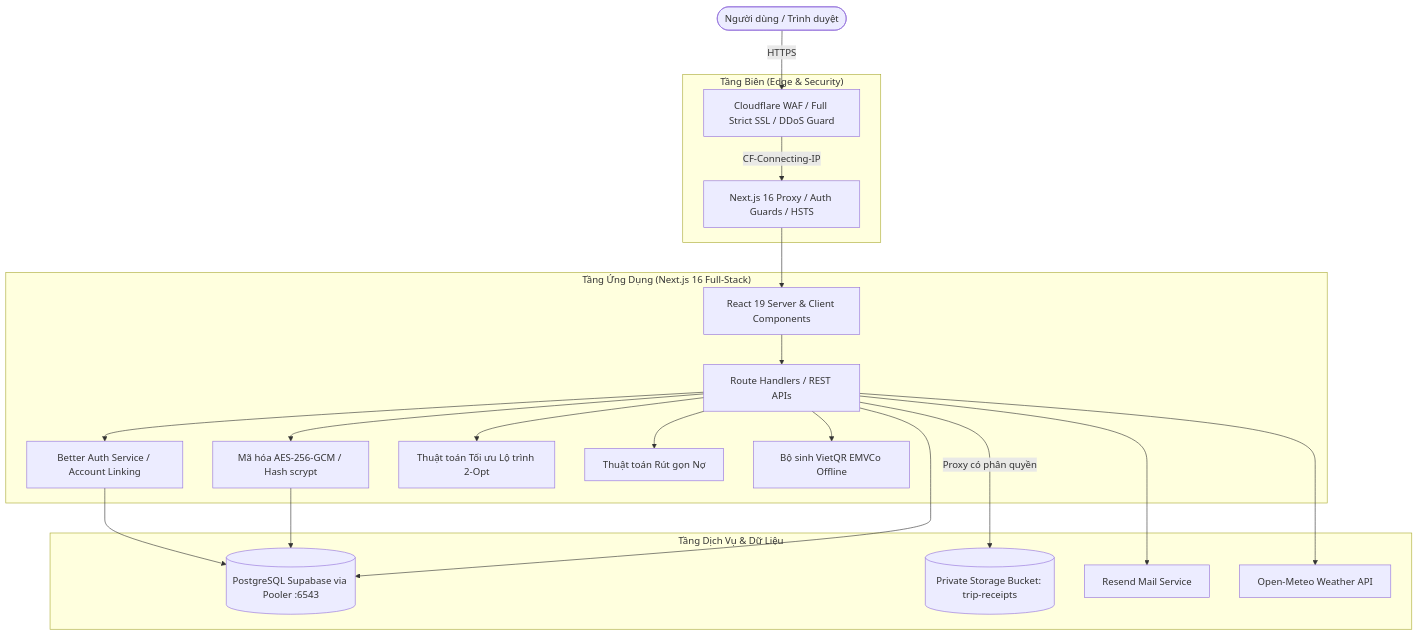
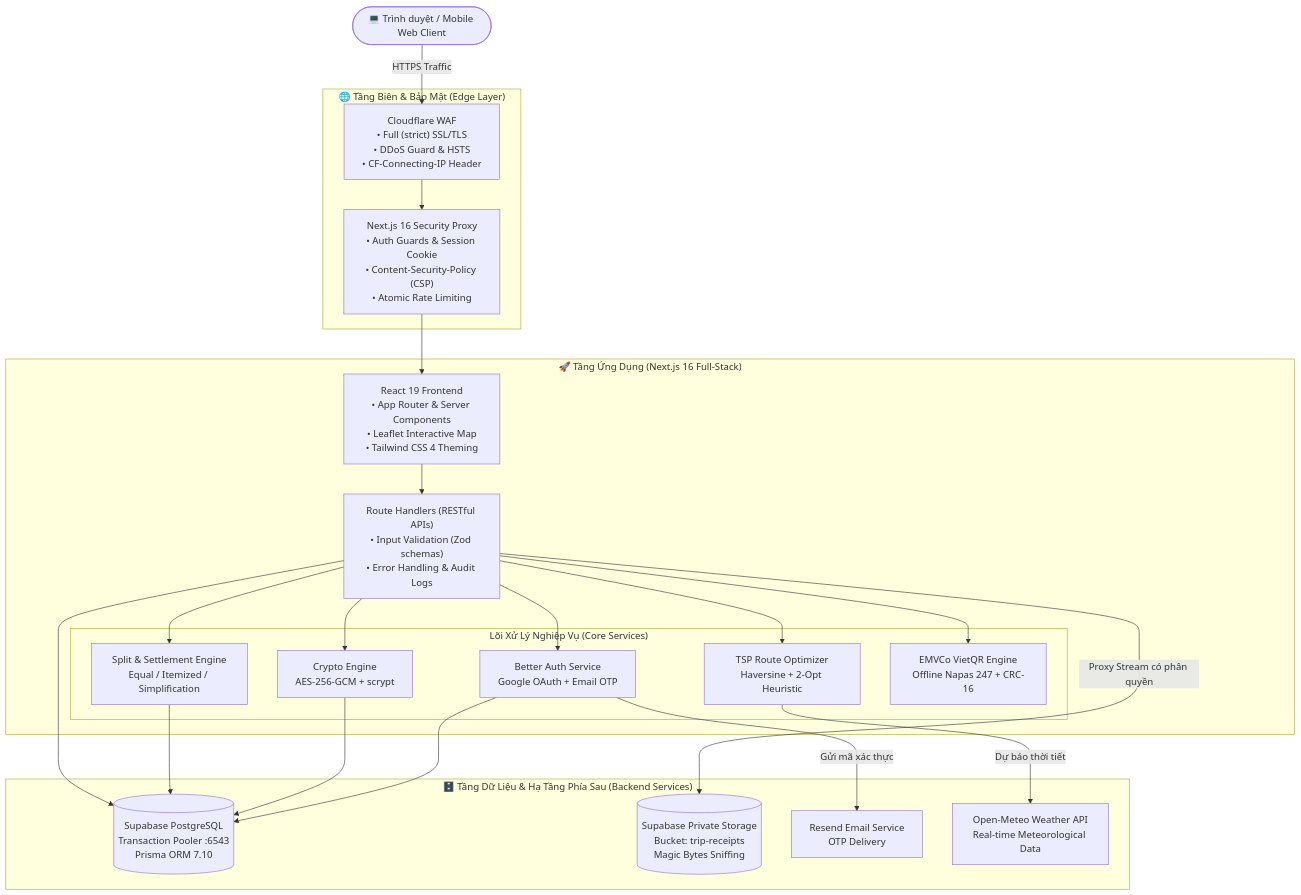
One commit to caothanhtungg/smart-trip changed the second of 3 diagrams in README.md. Above: the diagram before and after it, drawn with Mermaid. The commit also changed other lines of this file and 5 other files, not shown here.

````diff
--- a/README.md
+++ b/README.md
@@ -99,42 +220,47 @@
 ```mermaid
 flowchart TD
-    User([Người dùng / Trình duyệt])
-    
-    subgraph Edge ["Tầng Biên (Edge & Security)"]
-        CF[Cloudflare WAF / Full Strict SSL / DDoS Guard]
-        Proxy[Next.js 16 Proxy / Auth Guards / HSTS]
+    Client([💻 Trình duyệt / Mobile Web Client])
+
+    subgraph Edge ["🌐 Tầng Biên & Bảo Mật (Edge Layer)"]
+        CF["Cloudflare WAF<br/>• Full (strict) SSL/TLS<br/>• DDoS Guard & HSTS<br/>• CF-Connecting-IP Header"]
+        NextProxy["Next.js 16 Security Proxy<br/>• Auth Guards & Session Cookie<br/>• Content-Security-Policy (CSP)<br/>• Atomic Rate Limiting"]
     end
 
-    subgraph App ["Tầng Ứng Dụng (Next.js 16 Full-Stack)"]
-        Pages[React 19 Server & Client Components]
-        API[Route Handlers / REST APIs]
-        Auth[Better Auth Service / Account Linking]
-        Crypto[Mã hóa AES-256-GCM / Hash scrypt]
-        TSP[Thuật toán Tối ưu Lộ trình 2-Opt]
-        Simplify[Thuật toán Rút gọn Nợ]
-        VietQR[Bộ sinh VietQR EMVCo Offline]
+    subgraph App ["🚀 Tầng Ứng Dụng (Next.js 16 Full-Stack)"]
+        UI["React 19 Frontend<br/>• App Router & Server Components<br/>• Leaflet Interactive Map<br/>• Tailwind CSS 4 Theming"]
+        API["Route Handlers (RESTful APIs)<br/>• Input Validation (Zod schemas)<br/>• Error Handling & Audit Logs"]
+        
+        subgraph Services ["Lõi Xử Lý Nghiệp Vụ (Core Services)"]
+            AuthSvc["Better Auth Service<br/>Google OAuth + Email OTP"]
+            CryptoSvc["Crypto Engine<br/>AES-256-GCM + scrypt"]
+            TSPSvc["TSP Route Optimizer<br/>Haversine + 2-Opt Heuristic"]
+            SplitSvc["Split & Settlement Engine<br/>Equal / Itemized / Simplification"]
+            QRSvc["EMVCo VietQR Engine<br/>Offline Napas 247 + CRC-16"]
+        end
     end
 
-    subgraph Backend ["Tầng Dịch Vụ & Dữ Liệu"]
-        SupabaseDB[(PostgreSQL Supabase via Pooler :6543)]
-        SupabaseStorage[(Private Storage Bucket: trip-receipts)]
-        ResendAPI[Resend Mail Service]
-        MeteoAPI[Open-Meteo Weather API]
+    subgraph Data ["🗄️ Tầng Dữ Liệu & Hạ Tầng Phía Sau (Backend Services)"]
+        SupabaseDB[("Supabase PostgreSQL<br/>Transaction Pooler :6543<br/>Prisma ORM 7.10")]
+        SupabaseStorage[("Supabase Private Storage<br/>Bucket: trip-receipts<br/>Magic Bytes Sniffing")]
+        ResendAPI["Resend Email Service<br/>OTP Delivery"]
+        OpenMeteo["Open-Meteo Weather API<br/>Real-time Meteorological Data"]
     end
 
-    User -->|HTTPS| CF
-    CF -->|CF-Connecting-IP| Proxy
-    Proxy --> Pages
-    Pages --> API
-    API --> Auth
-    API --> Crypto
-    API --> TSP
-    API --> Simplify
-    API --> VietQR
-    API --> ResendAPI
-    API --> MeteoAPI
-    Auth --> SupabaseDB
-    Crypto --> SupabaseDB
+    Client -->|HTTPS Traffic| CF
+    CF --> NextProxy
+    NextProxy --> UI
+    UI --> API
+    API --> AuthSvc
+    API --> CryptoSvc
+    API --> TSPSvc
+    API --> SplitSvc
+    API --> QRSvc
+    
+    AuthSvc --> SupabaseDB
+    CryptoSvc --> SupabaseDB
+    SplitSvc --> SupabaseDB
     API --> SupabaseDB
-    API -->|Proxy có phân quyền| SupabaseStorage
+    API -->|Proxy Stream có phân quyền| SupabaseStorage
+    AuthSvc -->|Gửi mã xác thực| ResendAPI
+    TSPSvc -->|Dự báo thời tiết| OpenMeteo
 ```
````
